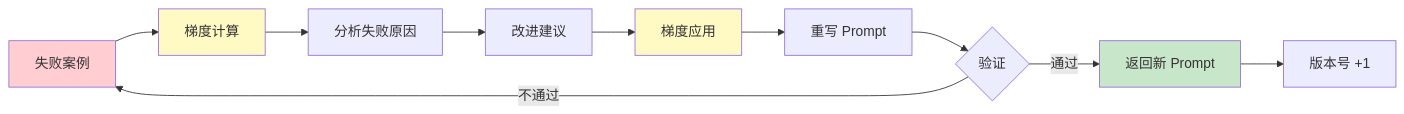
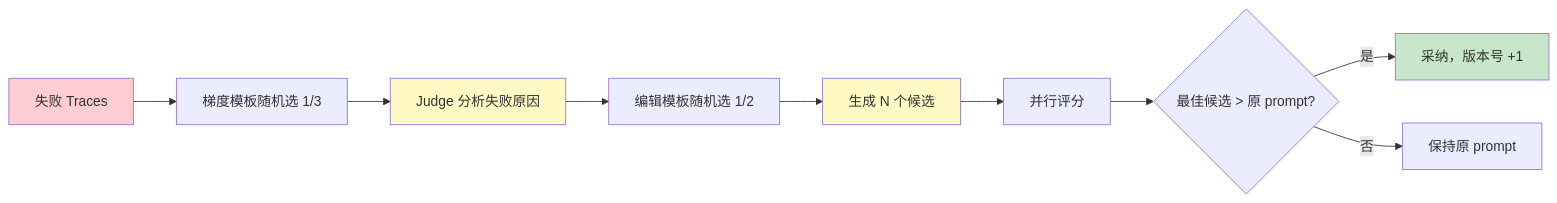
The third of 5 diagrams in docs/design/apo-optimization.md (JimmyMa99/EvoSkill), drawn with Mermaid before and after one commit. The commit also changed other lines of this file and 7 other files, not shown here.

First line of the commit message:
docs: fix mermaid diagrams, remove emoji, update outdated references

````diff
--- a/docs/design/apo-optimization.md
+++ b/docs/design/apo-optimization.md
@@ -88,20 +90,16 @@
 ```mermaid
 graph LR
-    A[失败案例] --> B[梯度计算]
-    B --> C[分析失败原因]
-    C --> D[改进建议]
-
-    D --> E[梯度应用]
-    E --> F[重写 Prompt]
-
-    F --> G{验证}
-    G -->|通过| H[返回新 Prompt]
-    G -->|不通过| A
-
-    H --> I["版本号 +1"]
+    A[失败 Traces] --> B[梯度模板随机选 1/3]
+    B --> C[Judge 分析失败原因]
+    C --> D[编辑模板随机选 1/2]
+    D --> E["生成 N 个候选"]
+    E --> F[并行评分]
+    F --> G{最佳候选 > 原 prompt?}
+    G -->|是| H["采纳，版本号 +1"]
+    G -->|否| I[保持原 prompt]
 
     style A fill:#ffcdd2
-    style B fill:#fff9c4
+    style C fill:#fff9c4
     style E fill:#fff9c4
     style H fill:#c8e6c9
 ```
````
